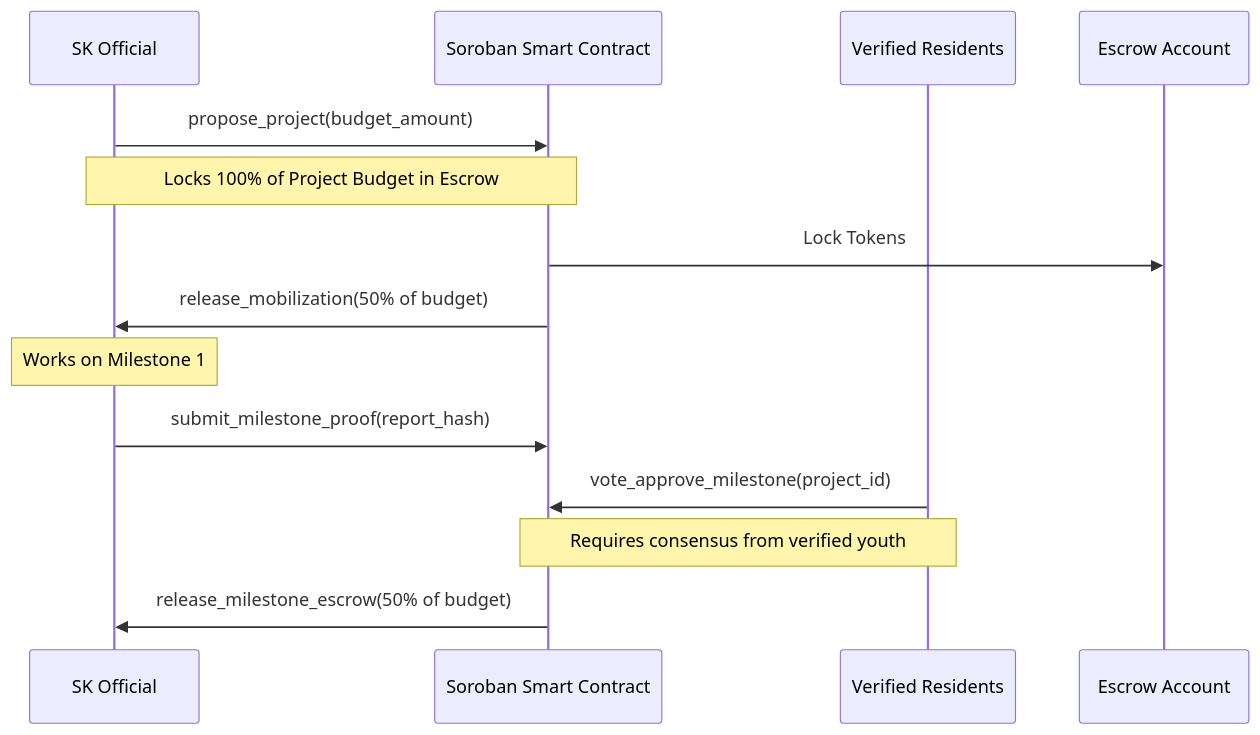
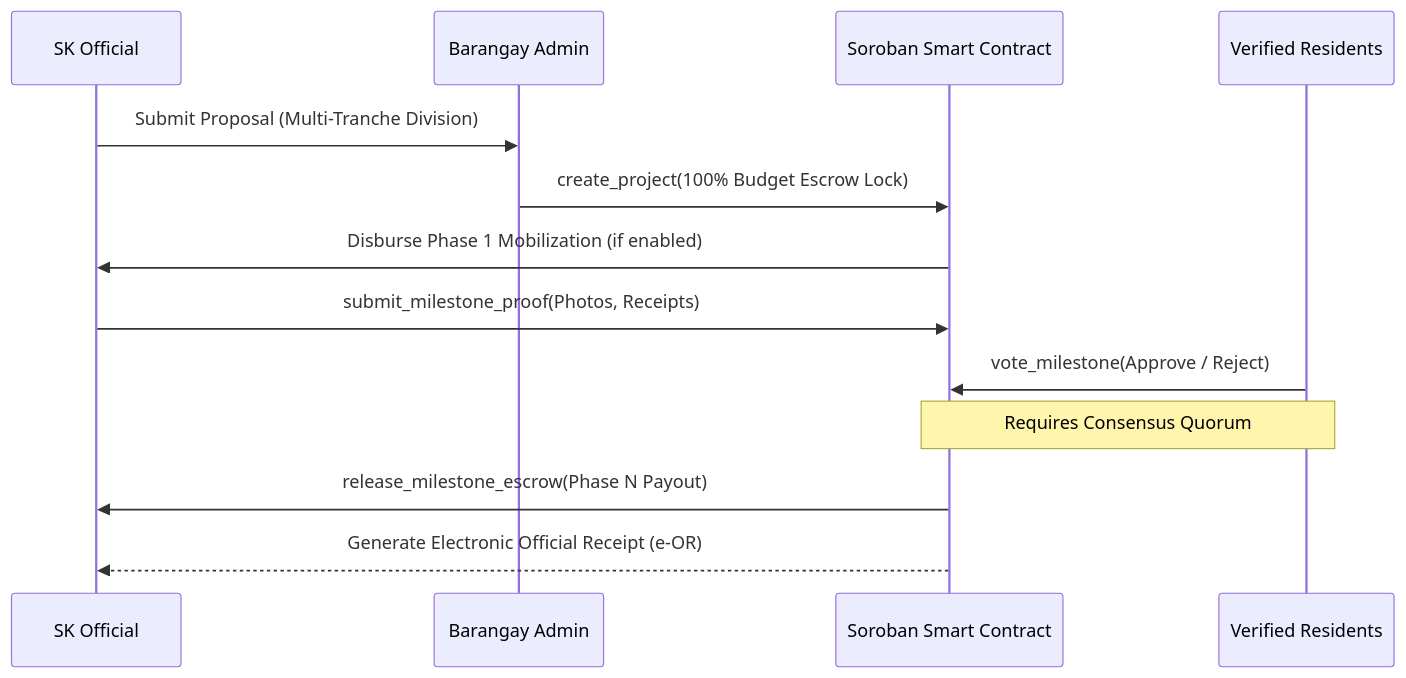
Before and after one commit to FWDP/barangay-bond: the second of 3 diagrams in README.md, drawn with Mermaid. The commit also changed other lines of this file, not shown here.

````diff
--- a/README.md
+++ b/README.md
@@ -206,17 +211,16 @@
 ```mermaid
 sequenceDiagram
     participant SK as SK Official
+    participant BA as Barangay Admin
     participant SC as Soroban Smart Contract
     participant R as Verified Residents
-    participant E as Escrow Account
 
-    SK->>SC: propose_project(budget_amount)
-    Note over SK,SC: Locks 100% of Project Budget in Escrow
-    SC->>E: Lock Tokens
-    SC->>SK: release_mobilization(50% of budget)
-    Note over SK: Works on Milestone 1
-    SK->>SC: submit_milestone_proof(report_hash)
-    R->>SC: vote_approve_milestone(project_id)
-    Note over R,SC: Requires consensus from verified youth
-    SC->>SK: release_milestone_escrow(50% of budget)
+    SK->>BA: Submit Proposal (Multi-Tranche Division)
+    BA->>SC: create_project(100% Budget Escrow Lock)
+    SC->>SK: Disburse Phase 1 Mobilization (if enabled)
+    SK->>SC: submit_milestone_proof(Photos, Receipts)
+    R->>SC: vote_milestone(Approve / Reject)
+    Note over R,SC: Requires Consensus Quorum
+    SC->>SK: release_milestone_escrow(Phase N Payout)
+    SC-->>SK: Generate Electronic Official Receipt (e-OR)
 ```
````
